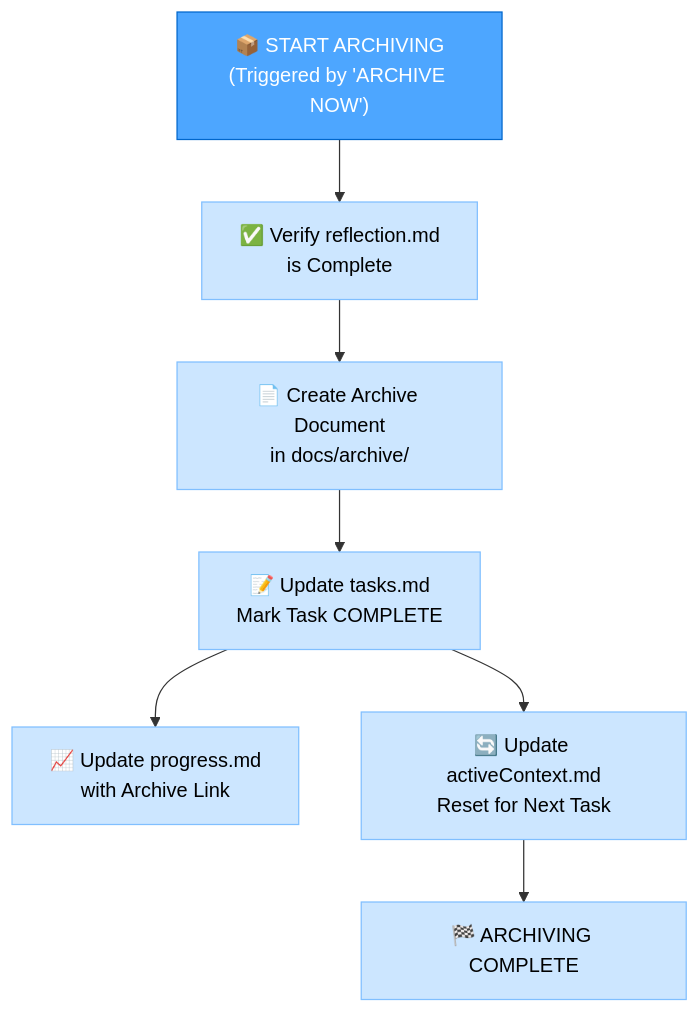
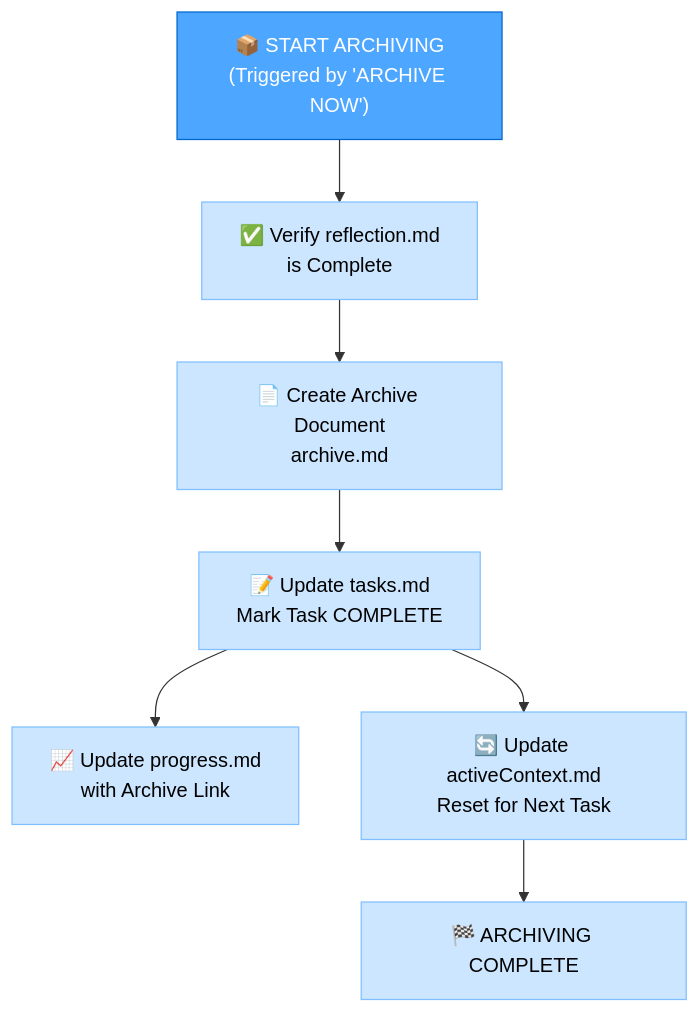
Before and after one commit to jedita/cursor-memory-bank: the third of 3 diagrams in custom_modes/reflect_archive_instructions.md, drawn with Mermaid. The commit also changed other lines of this file and 16 other files, not shown here.

````diff
--- a/custom_modes/reflect_archive_instructions.md
+++ b/custom_modes/reflect_archive_instructions.md
@@ -166,17 +166,17 @@
 ```mermaid
 graph TD
     ArchiveStart["📦 START ARCHIVING<br>(Triggered by 'ARCHIVE NOW')"] --> Verify["✅ Verify reflection.md<br>is Complete"]
-    Verify --> CreateDoc["📄 Create Archive Document<br>in docs/archive/"]
+    Verify --> CreateDoc["📄 Create Archive Document<br>archive.md"]
     CreateDoc --> UpdateTasks["📝 Update tasks.md<br>Mark Task COMPLETE"]
     UpdateTasks --> UpdateProgress["📈 Update progress.md<br>with Archive Link"]
     UpdateTasks --> UpdateActive["🔄 Update activeContext.md<br>Reset for Next Task"]
     UpdateActive --> Complete["🏁 ARCHIVING COMPLETE"]
 
     style ArchiveStart fill:#4da6ff,stroke:#0066cc,color:white
     style Verify fill:#cce6ff,stroke:#80bfff,color:black
     style CreateDoc fill:#cce6ff,stroke:#80bfff,color:black
     style UpdateTasks fill:#cce6ff,stroke:#80bfff,color:black
     style UpdateProgress fill:#cce6ff,stroke:#80bfff,color:black
     style UpdateActive fill:#cce6ff,stroke:#80bfff,color:black
     style Complete fill:#cce6ff,stroke:#80bfff,color:black
 ```
````
